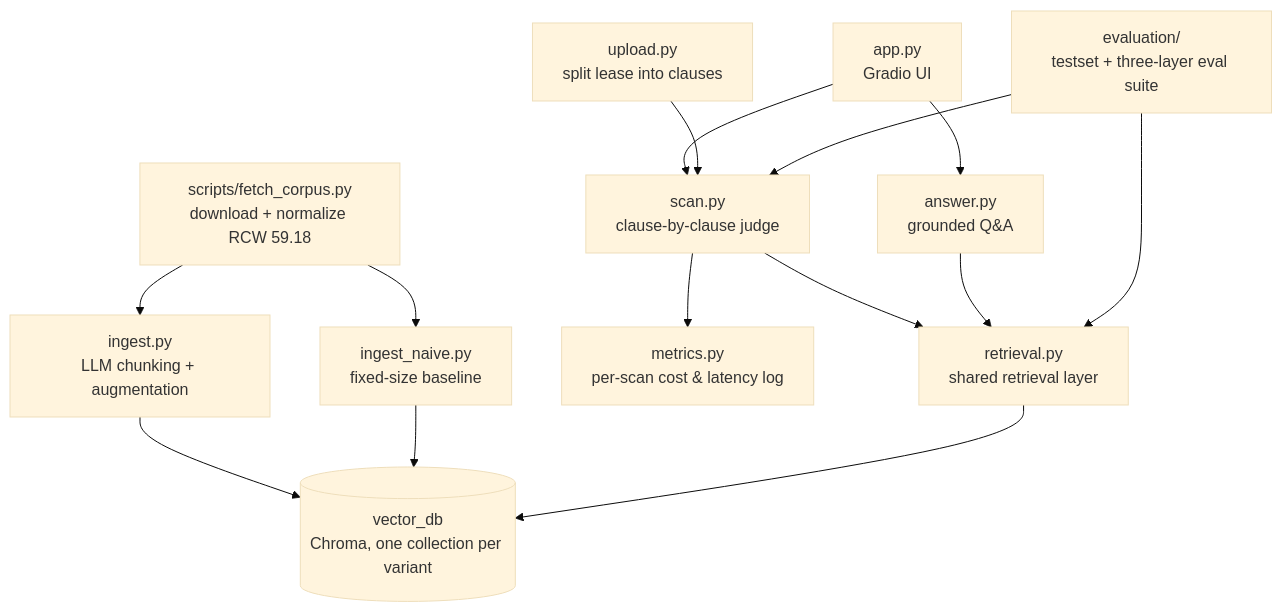
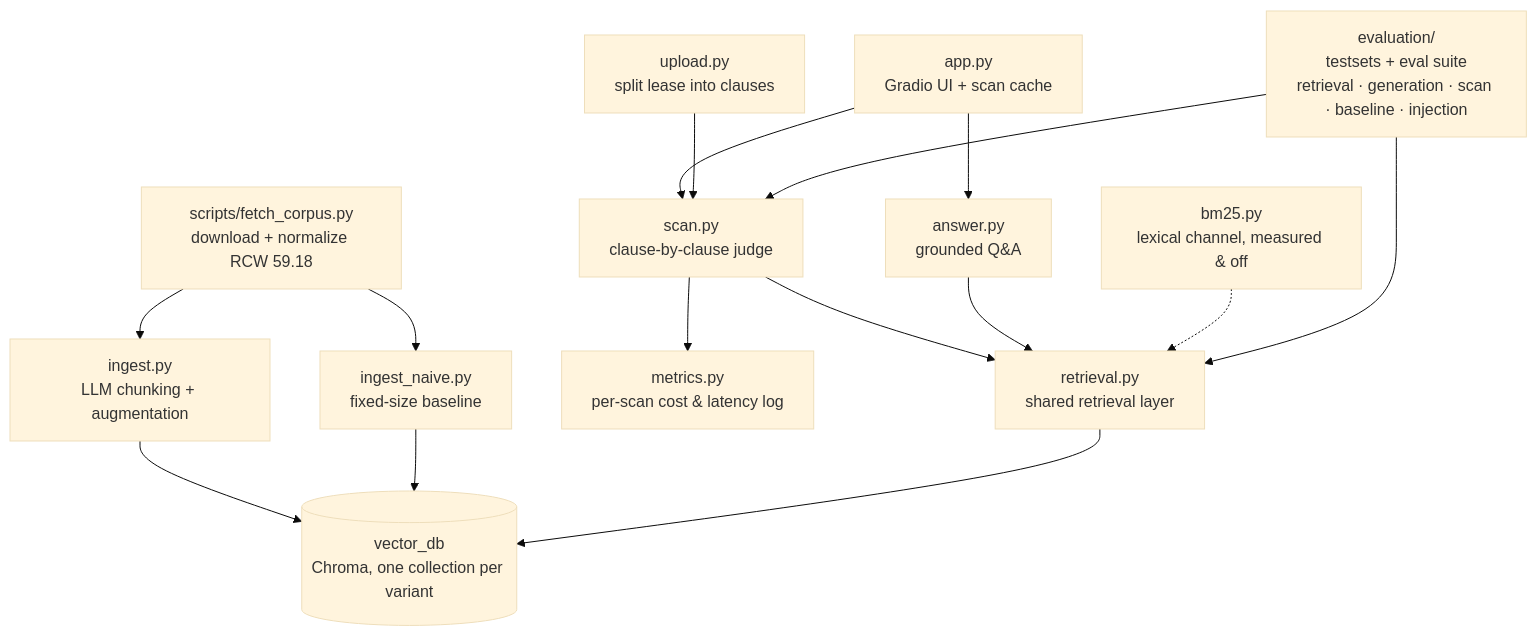
One commit to tywangq/leasehound changed the diagram in README.md. Above: the diagram before and after it, drawn with Mermaid (base theme). The commit also changed other lines of this file and 9 other files, not shown here.

````diff
--- a/README.md
+++ b/README.md
@@ -33,17 +33,18 @@
 ```mermaid
 graph TD
     FETCH["scripts/fetch_corpus.py<br>download + normalize RCW 59.18"] --> INGEST["ingest.py<br>LLM chunking + augmentation"]
     FETCH --> NAIVE["ingest_naive.py<br>fixed-size baseline"]
     INGEST --> DB[("vector_db<br>Chroma, one collection per variant")]
     NAIVE --> DB
 
-    APP["app.py<br>Gradio UI"] --> SCAN["scan.py<br>clause-by-clause judge"]
+    APP["app.py<br>Gradio UI + scan cache"] --> SCAN["scan.py<br>clause-by-clause judge"]
     APP --> ANSWER["answer.py<br>grounded Q&A"]
     UPLOAD["upload.py<br>split lease into clauses"] --> SCAN
     SCAN --> METRICS["metrics.py<br>per-scan cost & latency log"]
     SCAN --> RETRIEVAL["retrieval.py<br>shared retrieval layer"]
     ANSWER --> RETRIEVAL
-    EVAL["evaluation/<br>testset + three-layer eval suite"] --> RETRIEVAL
+    BM25["bm25.py<br>lexical channel, measured & off"] -.-> RETRIEVAL
+    EVAL["evaluation/<br>testsets + eval suite<br>retrieval · generation · scan · baseline · injection"] --> RETRIEVAL
     EVAL --> SCAN
     RETRIEVAL --> DB
 ```
````
